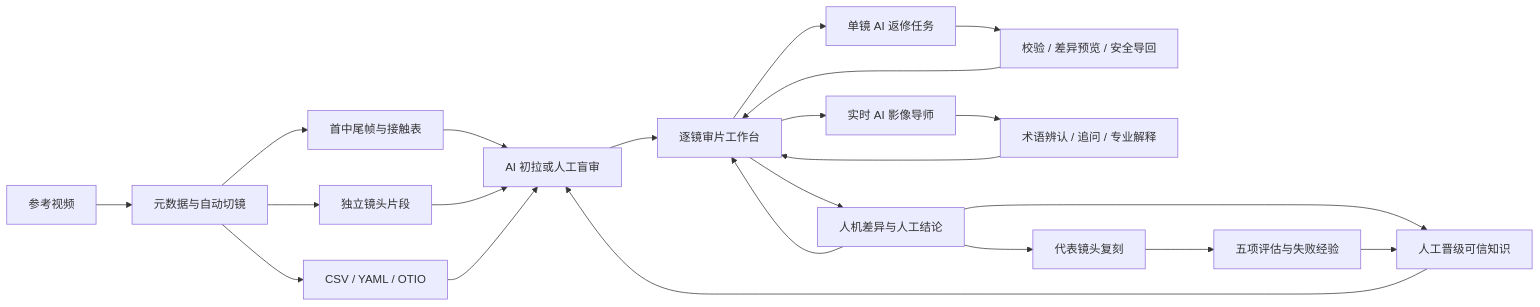
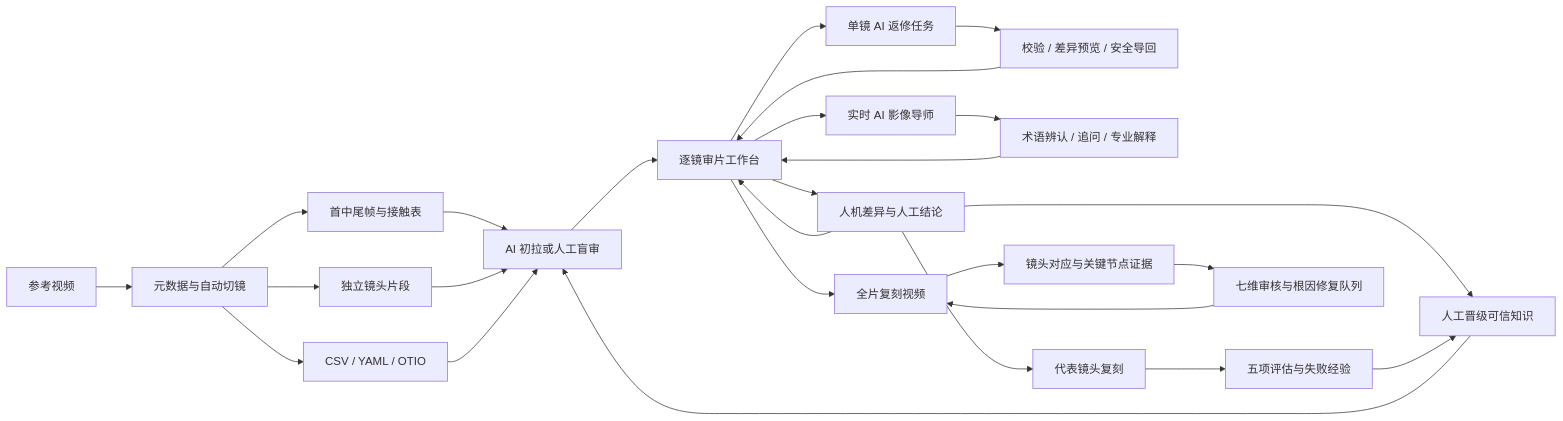
One commit to cd112233/lapian-chaoren changed the diagram in ARCHITECTURE.md. Above: the diagram before and after it, drawn with Mermaid. The commit also changed other lines of this file and 14 other files, not shown here.

````diff
--- a/ARCHITECTURE.md
+++ b/ARCHITECTURE.md
@@ -14,24 +14,28 @@
 ```mermaid
 flowchart LR
     A[参考视频] --> B[元数据与自动切镜]
     B --> C[首中尾帧与接触表]
     B --> D[独立镜头片段]
     B --> E[CSV / YAML / OTIO]
     C --> F[AI 初拉或人工盲审]
     D --> F
     E --> F
     F --> G[逐镜审片工作台]
     G --> H[人机差异与人工结论]
     H --> G
     G --> I[单镜 AI 返修任务]
     I --> J[校验 / 差异预览 / 安全导回]
     J --> G
     G --> L[实时 AI 影像导师]
     L --> M[术语辨认 / 追问 / 专业解释]
     M --> G
     H --> N[人工晋级可信知识]
     N --> F
     H --> K[代表镜头复刻]
     K --> O[五项评估与失败经验]
     O --> N
+    G --> P[全片复刻视频]
+    P --> Q[镜头对应与关键节点证据]
+    Q --> R[七维审核与根因修复队列]
+    R --> P
 ```
````
